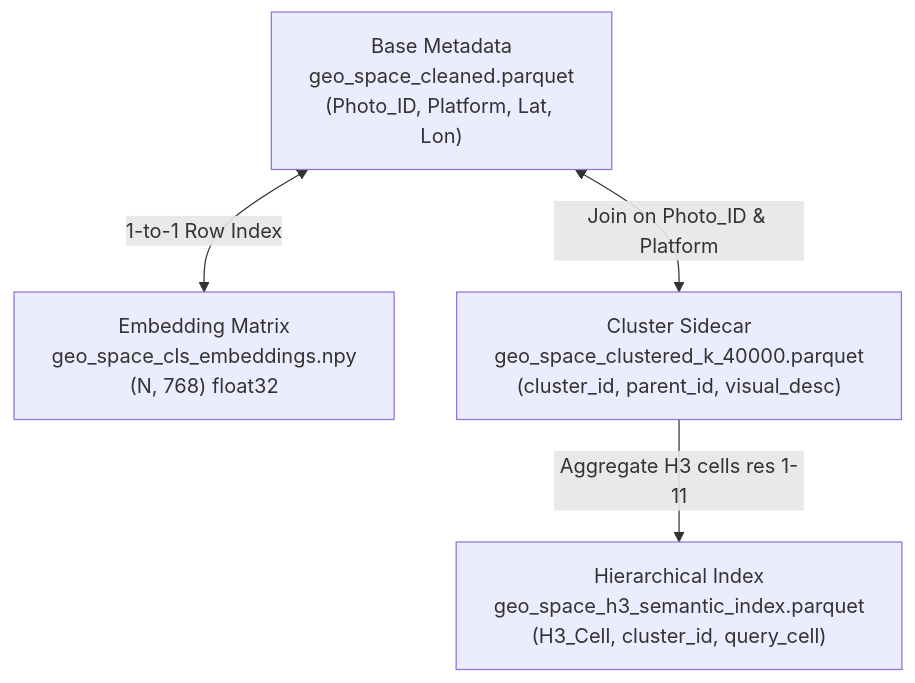
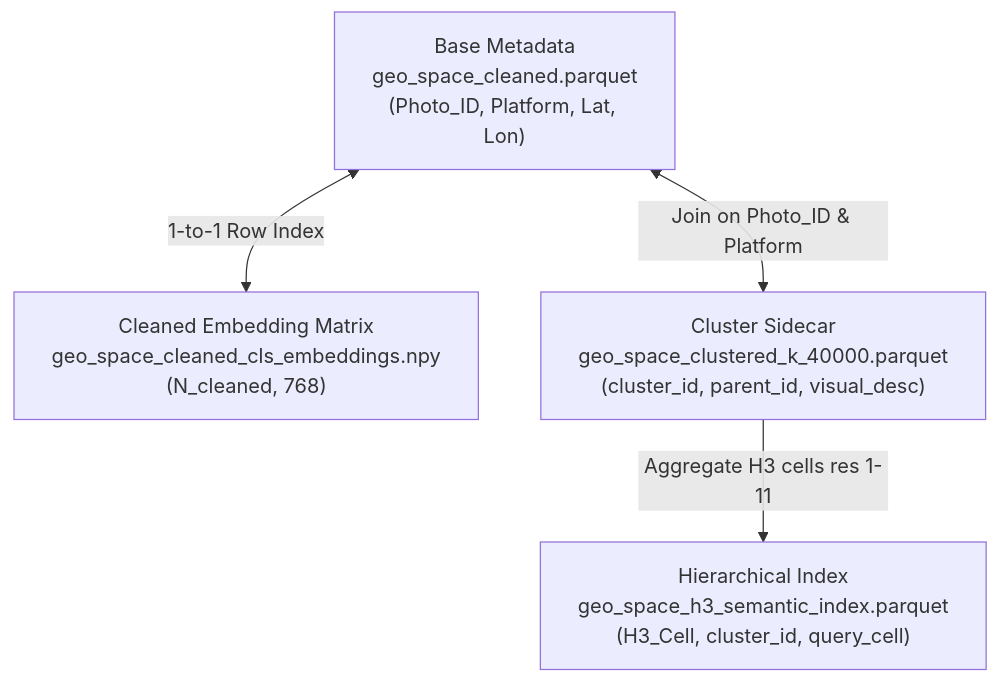
Before and after one commit to ananthu-aniraj/geo-rag: the diagram in docs/dataset.md, drawn with Mermaid. The commit also changed other lines of this file and 2 other files, not shown here.

````diff
--- a/docs/dataset.md
+++ b/docs/dataset.md
@@ -36,6 +37,6 @@
 ```mermaid
 graph TD
-    A["Base Metadata<br>geo_space_cleaned.parquet<br>(Photo_ID, Platform, Lat, Lon)"] <-->|1-to-1 Row Index| B["Embedding Matrix<br>geo_space_cls_embeddings.npy<br>(N, 768) float32"]
+    A["Base Metadata<br>geo_space_cleaned.parquet<br>(Photo_ID, Platform, Lat, Lon)"] <-->|1-to-1 Row Index| B["Cleaned Embedding Matrix<br>geo_space_cleaned_cls_embeddings.npy<br>(N_cleaned, 768)"]
     A <-->|Join on Photo_ID & Platform| C["Cluster Sidecar<br>geo_space_clustered_k_40000.parquet<br>(cluster_id, parent_id, visual_desc)"]
     C -->|Aggregate H3 cells res 1-11| D["Hierarchical Index<br>geo_space_h3_semantic_index.parquet<br>(H3_Cell, cluster_id, query_cell)"]
 ```
````
